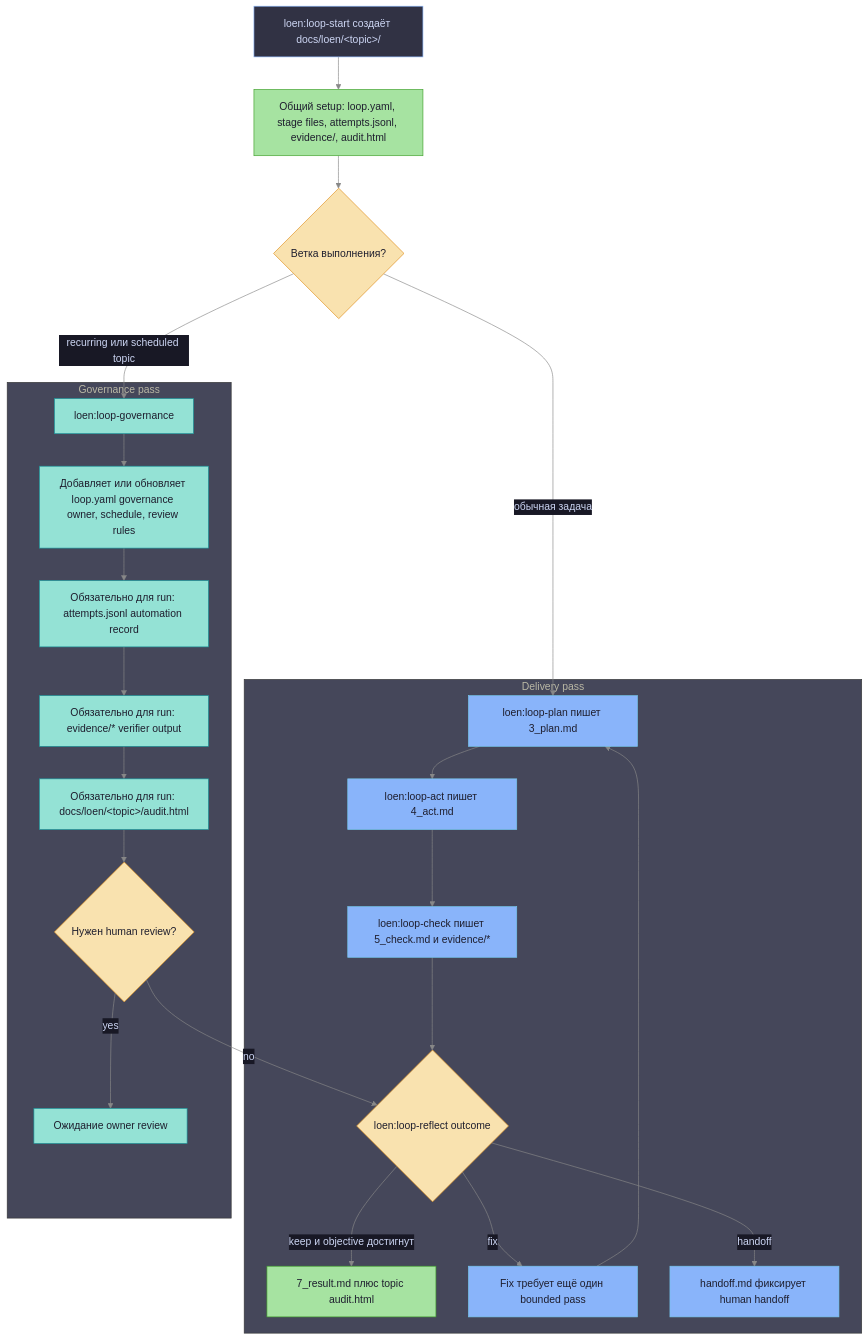
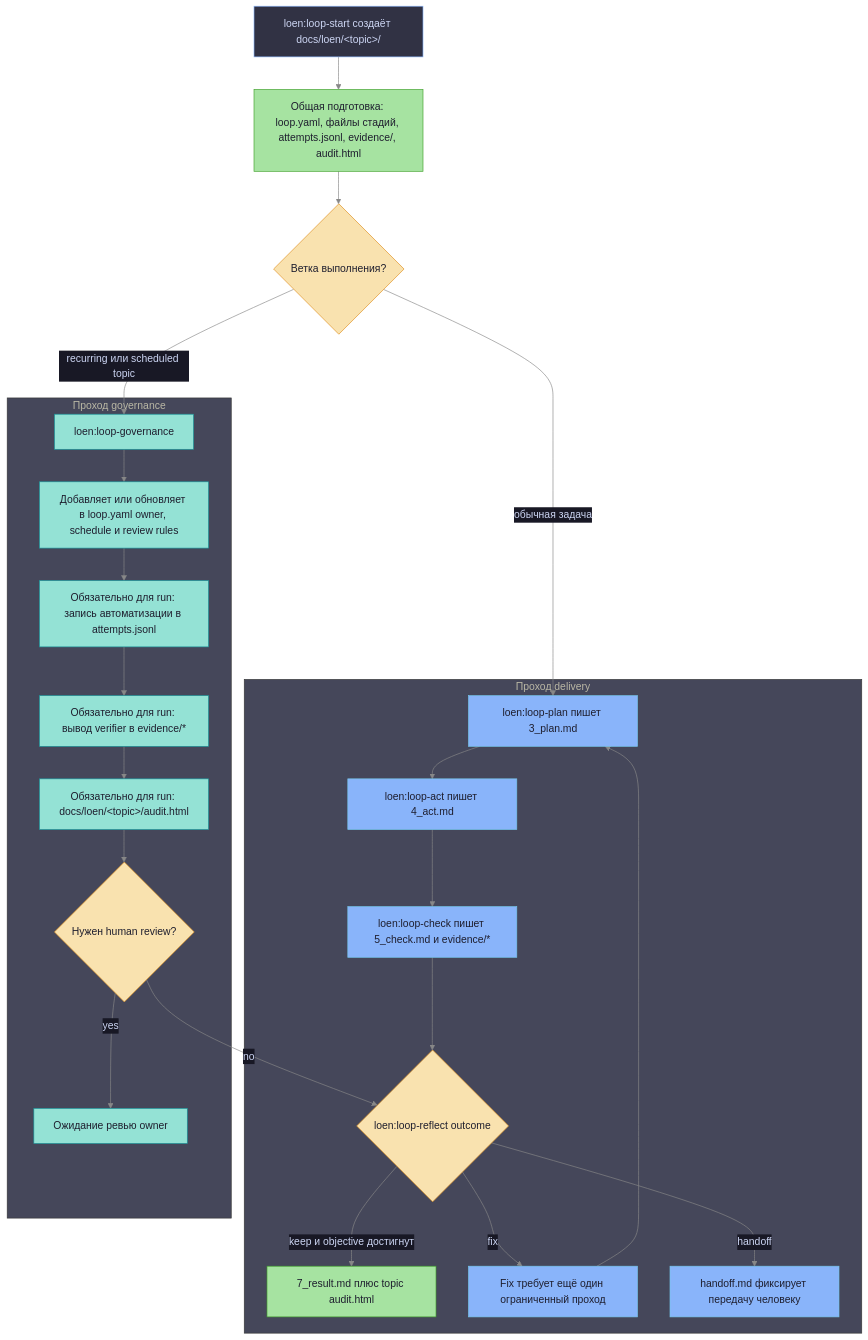
The second of 2 diagrams in plugins/loen/README.ru.md (ikeniborn/icodex), drawn with Mermaid before and after one commit. The commit also changed other lines of this file and 7 other files, not shown here.

````diff
--- a/plugins/loen/README.ru.md
+++ b/plugins/loen/README.ru.md
@@ -99,53 +104,53 @@
 ```mermaid
 %%{init: {'theme': 'base', 'themeVariables': {'background': '#1e1e2e', 'primaryColor': '#313244', 'primaryTextColor': '#cdd6f4', 'primaryBorderColor': '#89b4fa', 'lineColor': '#888888', 'secondaryColor': '#181825', 'tertiaryColor': '#45475a'}}}%%
 flowchart TD
-    StartTopic["loen:loop-start создаёт docs/loen/&lt;topic&gt;/"] --> SharedArtifacts["Общий setup: loop.yaml, stage files, attempts.jsonl, evidence/, audit.html"]
+    StartTopic["loen:loop-start создаёт docs/loen/&lt;topic&gt;/"] --> SharedArtifacts["Общая подготовка: loop.yaml, файлы стадий, attempts.jsonl, evidence/, audit.html"]
     SharedArtifacts --> Branch{"Ветка выполнения?"}
 
-    subgraph delivery["Delivery pass"]
+    subgraph delivery["Проход delivery"]
         PlanStep["loen:loop-plan пишет 3_plan.md"]
         ActStep["loen:loop-act пишет 4_act.md"]
         CheckStep["loen:loop-check пишет 5_check.md и evidence/*"]
         ReflectStep{"loen:loop-reflect outcome"}
         ResultStep["7_result.md плюс topic audit.html"]
-        FixStep["Fix требует ещё один bounded pass"]
-        HandoffStep["handoff.md фиксирует human handoff"]
+        FixStep["Fix требует ещё один ограниченный проход"]
+        HandoffStep["handoff.md фиксирует передачу человеку"]
     end
 
-    subgraph governance["Governance pass"]
+    subgraph governance["Проход governance"]
         GovStep["loen:loop-governance"]
-        GovPolicy["Добавляет или обновляет loop.yaml governance owner, schedule, review rules"]
-        GovAttempt["Обязательно для run: attempts.jsonl automation record"]
-        GovEvidence["Обязательно для run: evidence/* verifier output"]
+        GovPolicy["Добавляет или обновляет в loop.yaml owner, schedule и review rules"]
+        GovAttempt["Обязательно для run: запись автоматизации в attempts.jsonl"]
+        GovEvidence["Обязательно для run: вывод verifier в evidence/*"]
         GovAudit["Обязательно для run: docs/loen/&lt;topic&gt;/audit.html"]
         GovReview{"Нужен human review?"}
-        GovWait["Ожидание owner review"]
+        GovWait["Ожидание ревью owner"]
     end
 
     Branch -- "обычная задача" --> PlanStep
     PlanStep --> ActStep
     ActStep --> CheckStep
     CheckStep --> ReflectStep
     ReflectStep -- "keep и objective достигнут" --> ResultStep
     ReflectStep -- "fix" --> FixStep
     FixStep --> PlanStep
     ReflectStep -- "handoff" --> HandoffStep
 
     Branch -- "recurring или scheduled topic" --> GovStep
     GovStep --> GovPolicy
     GovPolicy --> GovAttempt
     GovAttempt --> GovEvidence
     GovEvidence --> GovAudit
     GovAudit --> GovReview
     GovReview -- "yes" --> GovWait
     GovReview -- "no" --> ReflectStep
 
     classDef decision fill:#f9e2af,color:#1e1e2e,stroke:#df8e1d
     classDef deliveryClass fill:#89b4fa,color:#1e1e2e,stroke:#74c7ec
     classDef governanceClass fill:#94e2d5,color:#1e1e2e,stroke:#179299
     classDef artifactClass fill:#a6e3a1,color:#1e1e2e,stroke:#40a02b
     class Branch,ReflectStep,GovReview decision
     class PlanStep,ActStep,CheckStep,FixStep,HandoffStep deliveryClass
     class GovStep,GovPolicy,GovAttempt,GovEvidence,GovAudit,GovWait governanceClass
     class SharedArtifacts,ResultStep artifactClass
 ```
````
